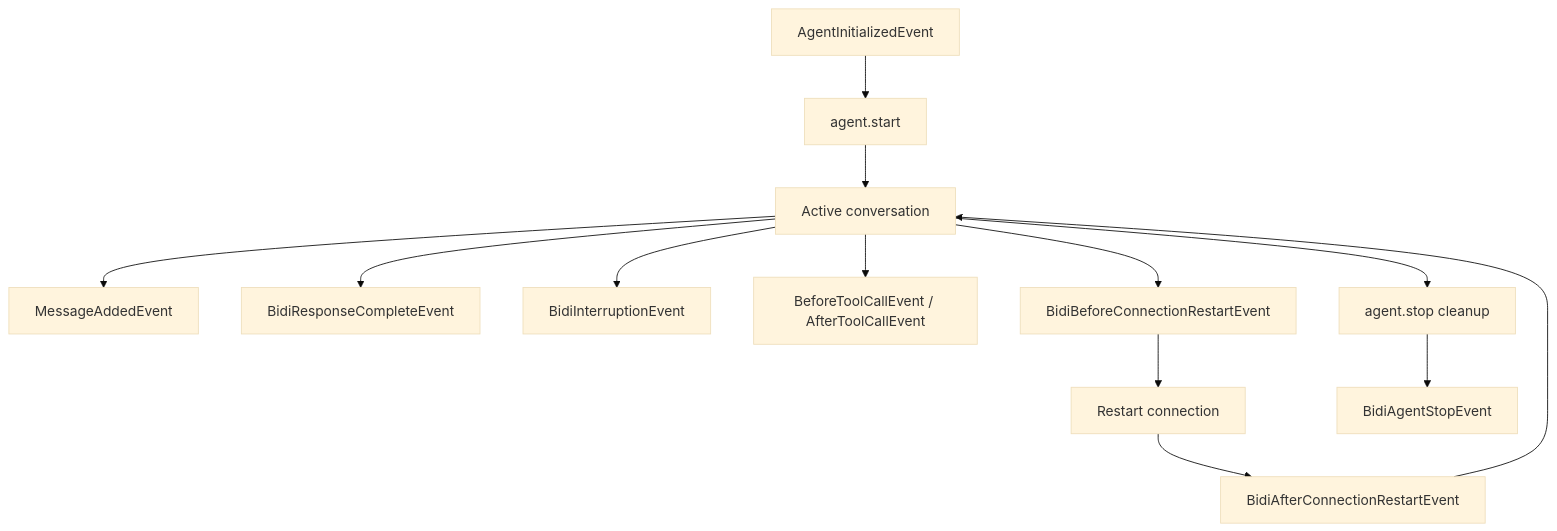
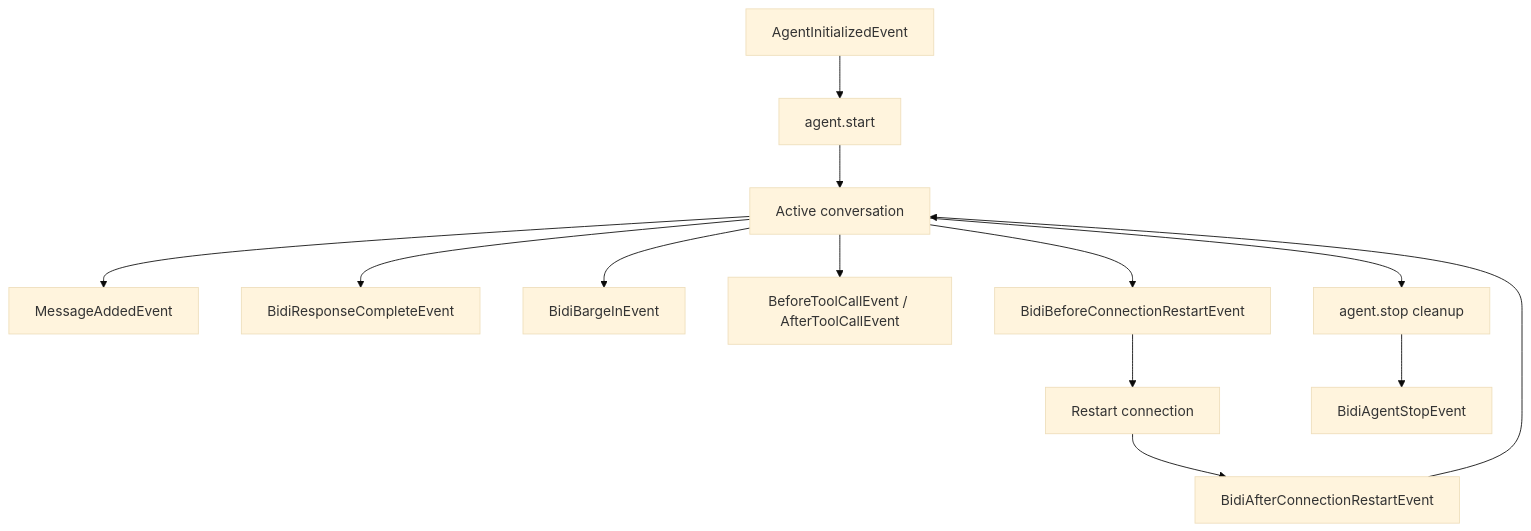
One commit to seniorgreencode/harness-sdk changed the diagram in site/src/content/docs/user-guide/sdk/bidirectional-streaming/hooks.mdx. Above: the diagram before and after it, drawn with Mermaid (base theme). The commit also changed other lines of this file and 39 other files, not shown here.

Commit message:
refactor(bidi): use barge-in terminology (#4566)

````diff
--- a/site/src/content/docs/user-guide/sdk/bidirectional-streaming/hooks.mdx
+++ b/site/src/content/docs/user-guide/sdk/bidirectional-streaming/hooks.mdx
@@ -140,15 +140,15 @@
 ```mermaid
 flowchart TB
     Init[AgentInitializedEvent] --> Start[agent.start]
     Start --> Running[Active conversation]
     Running --> Message[MessageAddedEvent]
     Running --> Response[BidiResponseCompleteEvent]
-    Running --> Interruption[BidiInterruptionEvent]
+    Running --> BargeIn[BidiBargeInEvent]
     Running --> Tools[BeforeToolCallEvent / AfterToolCallEvent]
     Running --> BeforeRestart[BidiBeforeConnectionRestartEvent]
     BeforeRestart --> Restart[Restart connection]
     Restart --> AfterRestart[BidiAfterConnectionRestartEvent]
     AfterRestart --> Running
     Running --> Stop[agent.stop cleanup]
     Stop --> Stopped[BidiAgentStopEvent]
 ```
````
